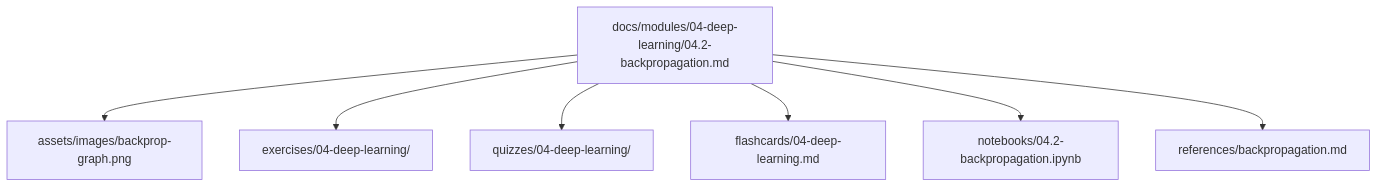
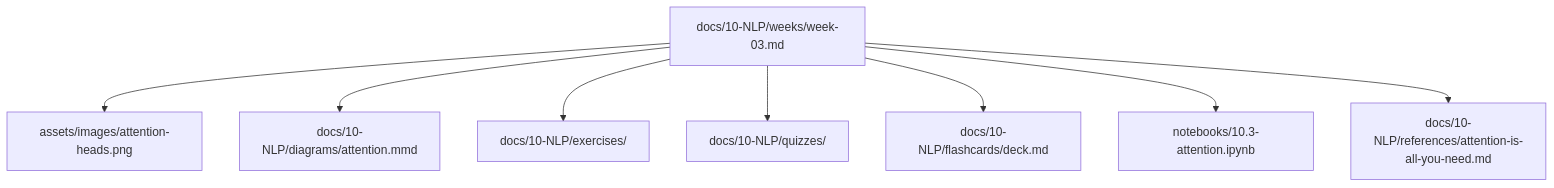
One commit to aadarshreddydepa/AI_Engineer_Handbook changed the diagram in REPOSITORY_STRUCTURE.md. Above: the diagram before and after it, drawn with Mermaid. The commit also changed other lines of this file and 249 other files, not shown here.

````diff
--- a/REPOSITORY_STRUCTURE.md
+++ b/REPOSITORY_STRUCTURE.md
@@ -71,10 +81,10 @@
 ```mermaid
 flowchart TD
-    L[docs/modules/04-deep-learning/04.2-backpropagation.md]
-    L --> I[assets/images/backprop-graph.png]
-    L --> E[exercises/04-deep-learning/]
-    L --> Q[quizzes/04-deep-learning/]
-    L --> F[flashcards/04-deep-learning.md]
-    L --> N[notebooks/04.2-backpropagation.ipynb]
-    L --> R[references/backpropagation.md]
+    L[docs/10-NLP/weeks/week-03.md] --> I[assets/images/attention-heads.png]
+    L --> D[docs/10-NLP/diagrams/attention.mmd]
+    L --> E[docs/10-NLP/exercises/]
+    L --> Q[docs/10-NLP/quizzes/]
+    L --> F[docs/10-NLP/flashcards/deck.md]
+    L --> N[notebooks/10.3-attention.ipynb]
+    L --> R[docs/10-NLP/references/attention-is-all-you-need.md]
 ```
````
